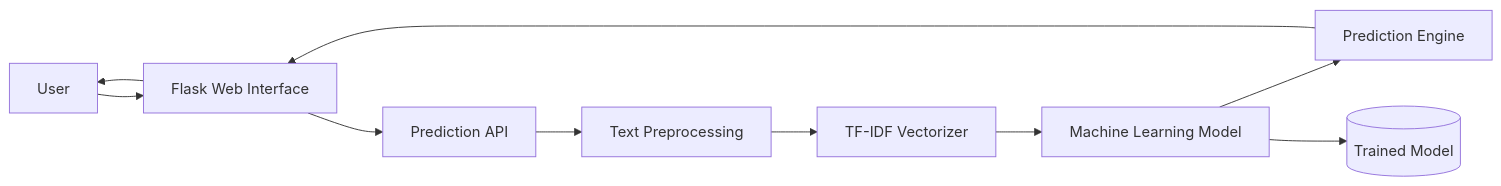
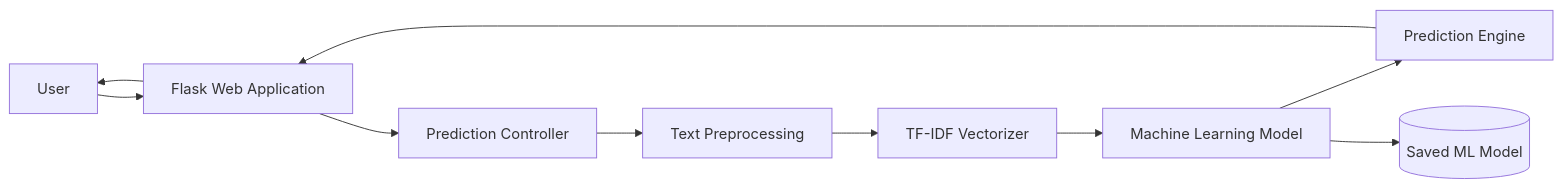
One commit to AnnElsaJoy-projects/PhishGuard-AI- changed the first of 3 diagrams in README.md. Above: the diagram before and after it, drawn with Mermaid. The commit also changed other lines of this file, not shown here.

````diff
--- a/README.md
+++ b/README.md
@@ -3,23 +47,23 @@
 ```mermaid
 flowchart LR
 
 U[User]
 
-U --> FE[Flask Web Interface]
+U --> WEB[Flask Web Application]
 
-FE --> API[Prediction API]
+WEB --> API[Prediction Controller]
 
 API --> PRE[Text Preprocessing]
 
 PRE --> TFIDF[TF-IDF Vectorizer]
 
 TFIDF --> MODEL[Machine Learning Model]
 
 MODEL --> RESULT[Prediction Engine]
 
-RESULT --> FE
+RESULT --> WEB
 
-FE --> U
+WEB --> U
 
-MODEL --> DATA[(Trained Model)]
+MODEL --> DATA[(Saved ML Model)]
 ```
````
